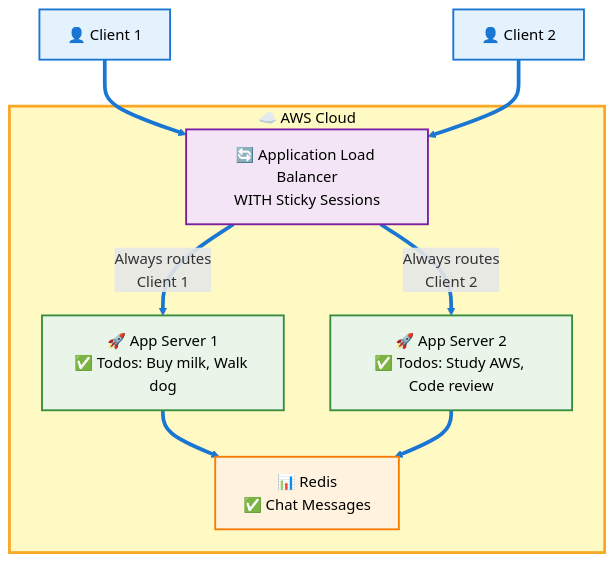
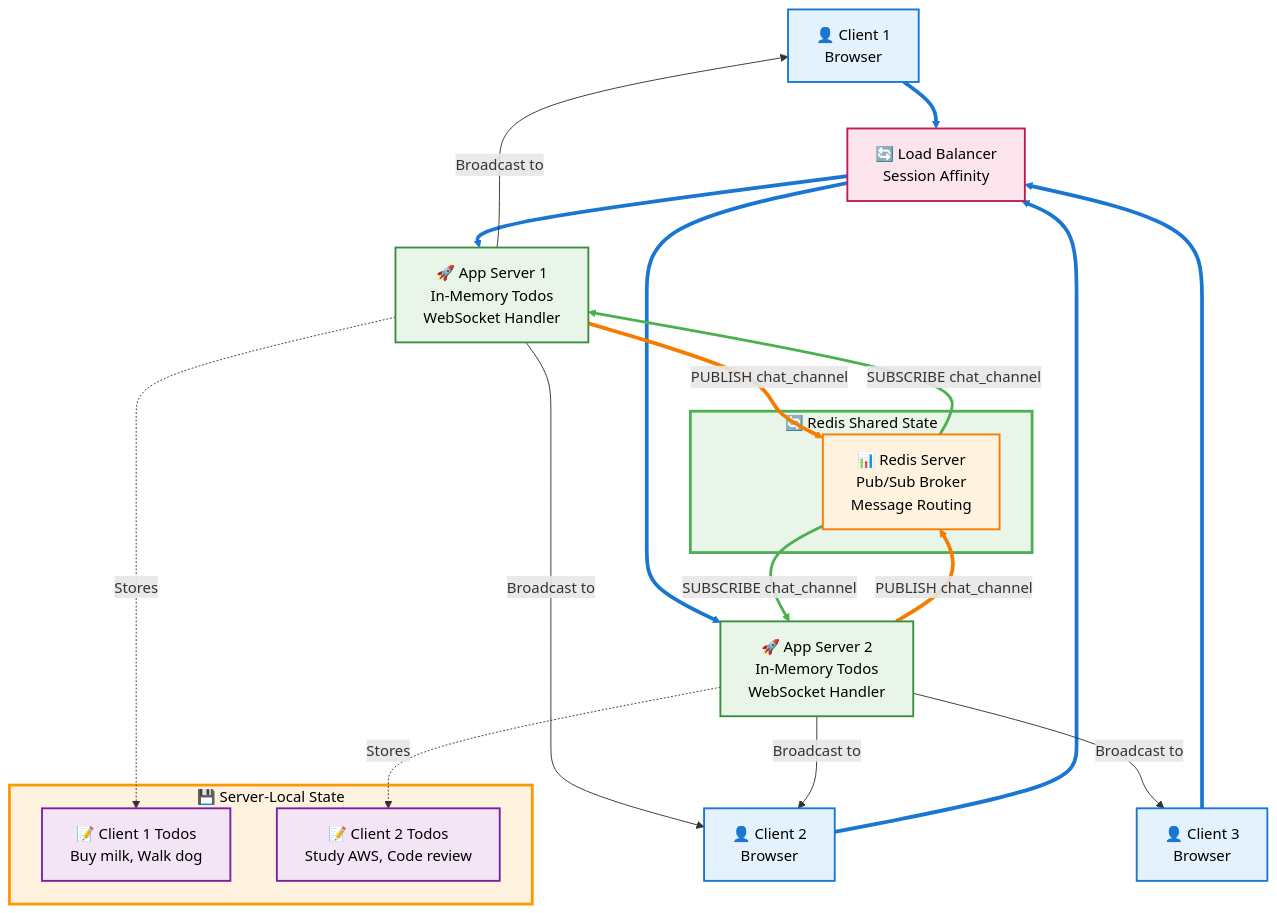
Before and after one commit to Jilan5/mermaid-tester: the diagram in README.md, drawn with Mermaid. The commit also changed other lines of this file, not shown here.

````diff
--- a/README.md
+++ b/README.md
@@ -1,37 +1,65 @@
 ```mermaid
 flowchart TD
-    C1[👤 Client 1] --> ALB[🔄 Application Load Balancer<br/>WITH Sticky Sessions]
-    C2[👤 Client 2] --> ALB
+    %% Clients
+    C1[👤 Client 1<br/>Browser] --> ALB[🔄 Load Balancer<br/>Session Affinity]
+    C2[👤 Client 2<br/>Browser] --> ALB
+    C3[👤 Client 3<br/>Browser] --> ALB
     
-    ALB -->|Always routes<br/>Client 1| A1[🚀 App Server 1<br/>✅ Todos: Buy milk, Walk dog]
-    ALB -->|Always routes<br/>Client 2| A2[🚀 App Server 2<br/>✅ Todos: Study AWS, Code review]
+    %% App Servers
+    ALB --> AS1[🚀 App Server 1<br/>In-Memory Todos<br/>WebSocket Handler]
+    ALB --> AS2[🚀 App Server 2<br/>In-Memory Todos<br/>WebSocket Handler]
     
-    A1 --> R[📊 Redis<br/>✅ Chat Messages]
-    A2 --> R
+    %% Redis Pub/Sub
+    AS1 -->|PUBLISH chat_channel| R[📊 Redis Server<br/>Pub/Sub Broker<br/>Message Routing]
+    AS2 -->|PUBLISH chat_channel| R
     
-    subgraph AWS["☁️ AWS Cloud"]
-        ALB
-        A1
-        A2
+    R -->|SUBSCRIBE chat_channel| AS1
+    R -->|SUBSCRIBE chat_channel| AS2
+    
+    %% Client Data Storage
+    AS1 -.->|Stores| TD1[📝 Client 1 Todos<br/>Buy milk, Walk dog]
+    AS2 -.->|Stores| TD2[📝 Client 2 Todos<br/>Study AWS, Code review]
+    
+    %% Message Broadcasting
+    AS1 -->|Broadcast to| C1
+    AS1 -->|Broadcast to| C2
+    AS2 -->|Broadcast to| C2
+    AS2 -->|Broadcast to| C3
+    
+    subgraph Shared["🔄 Redis Shared State"]
         R
     end
     
+    subgraph Local["💾 Server-Local State"]
+        TD1
+        TD2
+    end
+    
+    %% Styling
     classDef client fill:#e3f2fd,stroke:#1976d2,stroke-width:2px,color:#000
-    classDef alb fill:#f3e5f5,stroke:#7b1fa2,stroke-width:2px,color:#000
     classDef server fill:#e8f5e8,stroke:#388e3c,stroke-width:2px,color:#000
     classDef redis fill:#fff3e0,stroke:#f57c00,stroke-width:2px,color:#000
-    classDef aws fill:#fff9c4,stroke:#f9a825,stroke-width:3px,color:#000
+    classDef todos fill:#f3e5f5,stroke:#7b1fa2,stroke-width:2px,color:#000
+    classDef alb fill:#fce4ec,stroke:#c2185b,stroke-width:2px,color:#000
+    classDef shared fill:#e8f5e8,stroke:#4caf50,stroke-width:3px,color:#000
+    classDef local fill:#fff3e0,stroke:#ff9800,stroke-width:3px,color:#000
     
-    class C1,C2 client
+    class C1,C2,C3 client
+    class AS1,AS2 server
+    class R redis
+    class TD1,TD2 todos
     class ALB alb
-    class A1,A2 server
-    class R redis
-    class AWS aws
+    class Shared shared
+    class Local local
     
+    %% Bold blue arrows for main flow
     linkStyle 0 stroke:#1976d2,stroke-width:4px
     linkStyle 1 stroke:#1976d2,stroke-width:4px
     linkStyle 2 stroke:#1976d2,stroke-width:4px
     linkStyle 3 stroke:#1976d2,stroke-width:4px
     linkStyle 4 stroke:#1976d2,stroke-width:4px
-    linkStyle 5 stroke:#1976d2,stroke-width:4px
+    linkStyle 5 stroke:#f57c00,stroke-width:4px
+    linkStyle 6 stroke:#f57c00,stroke-width:4px
+    linkStyle 7 stroke:#4caf50,stroke-width:3px
+    linkStyle 8 stroke:#4caf50,stroke-width:3px
 ```
````
